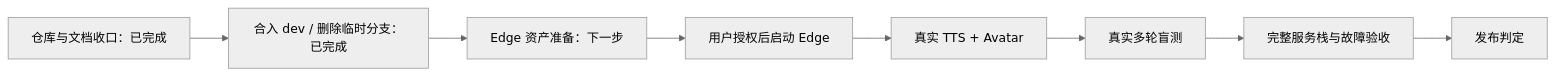
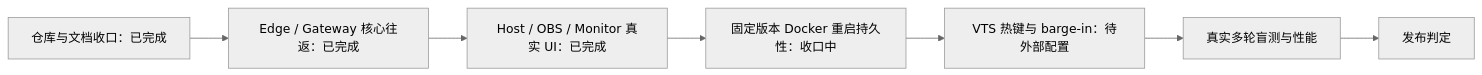
Before and after one commit to SakuraYoruno/Natsume_Ai: the diagram in docs/30_devspec/NEXT_GENERATION_EVOLUTION_EXECUTION.md, drawn with Mermaid (neutral theme). The commit also changed other lines of this file and 70 other files, not shown here.

````diff
--- a/docs/30_devspec/NEXT_GENERATION_EVOLUTION_EXECUTION.md
+++ b/docs/30_devspec/NEXT_GENERATION_EVOLUTION_EXECUTION.md
@@ -26,10 +28,9 @@
 ```mermaid
 flowchart LR
-    A["仓库与文档收口：已完成"] --> B["合入 dev / 删除临时分支：已完成"]
-    B --> C["Edge 资产准备：下一步"]
-    C --> D["用户授权后启动 Edge"]
-    D --> E["真实 TTS + Avatar"]
-    E --> F["真实多轮盲测"]
-    F --> G["完整服务栈与故障验收"]
-    G --> H["发布判定"]
+    A["仓库与文档收口：已完成"] --> B["Edge / Gateway 核心往返：已完成"]
+    B --> C["Host / OBS / Monitor 真实 UI：已完成"]
+    C --> D["固定版本 Docker 重启持久性：收口中"]
+    D --> E["VTS 热键与 barge-in：待外部配置"]
+    E --> F["真实多轮盲测与性能"]
+    F --> G["发布判定"]
 ```
````
